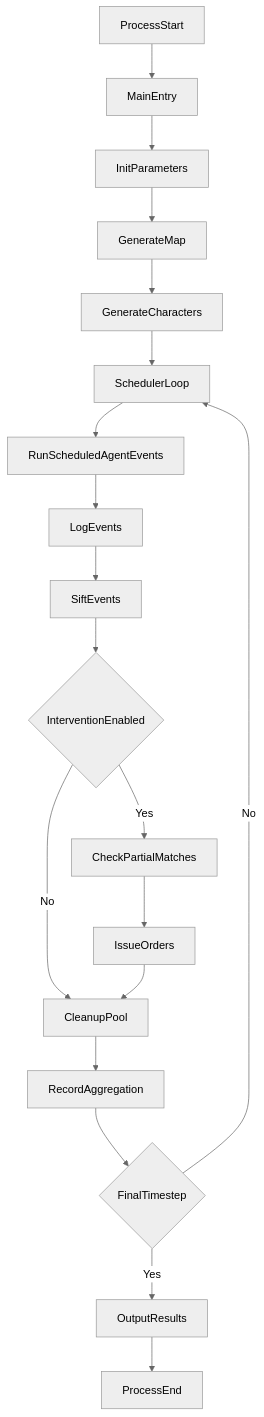
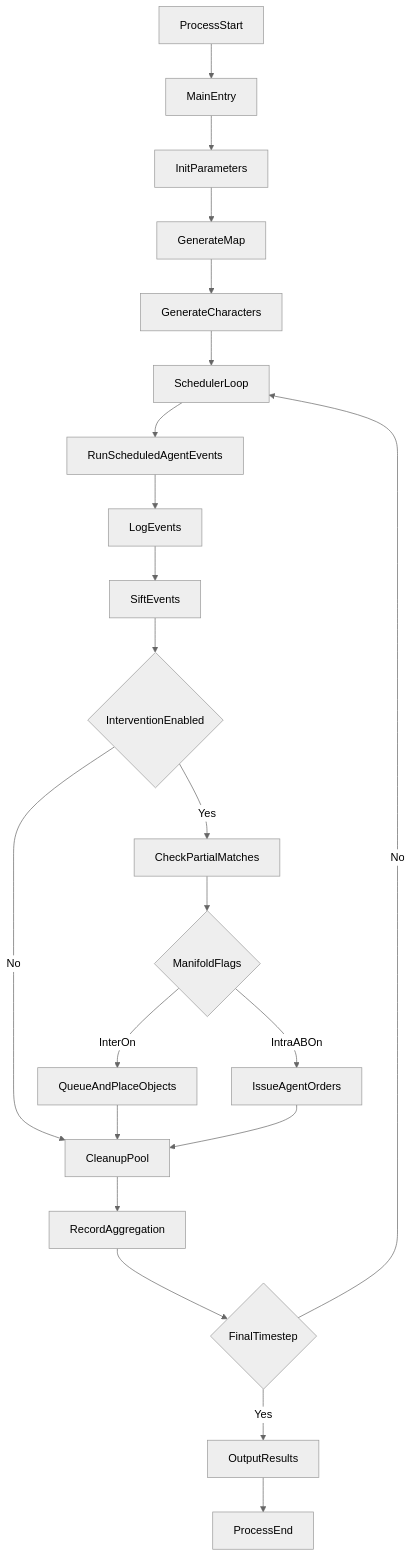
One commit to leisiyu/AlienInvasionSimulation changed the diagram in TECHNICAL_DOCUMENTATION.md. Above: the diagram before and after it, drawn with Mermaid (neutral theme). The commit also changed other lines of this file, not shown here.

````diff
--- a/TECHNICAL_DOCUMENTATION.md
+++ b/TECHNICAL_DOCUMENTATION.md
@@ -80,22 +81,25 @@
 ```mermaid
 flowchart TD
     processStart[ProcessStart] --> mainEntry[MainEntry]
     mainEntry --> initParams[InitParameters]
     initParams --> mapGen[GenerateMap]
     mapGen --> charGen[GenerateCharacters]
     charGen --> schedulerLoop[SchedulerLoop]
 
     schedulerLoop --> runTick[RunScheduledAgentEvents]
     runTick --> logEvents[LogEvents]
     logEvents --> siftEvents[SiftEvents]
     siftEvents --> maybeIntervene{InterventionEnabled}
     maybeIntervene -->|Yes| dramaCheck[CheckPartialMatches]
-    dramaCheck --> issueOrders[IssueOrders]
+    dramaCheck --> intraInter{ManifoldFlags}
+    intraInter -->|InterOn| spawnObjects[QueueAndPlaceObjects]
+    intraInter -->|IntraABOn| issueOrders[IssueAgentOrders]
     maybeIntervene -->|No| cleanupPool[CleanupPool]
+    spawnObjects --> cleanupPool
     issueOrders --> cleanupPool
     cleanupPool --> aggregateMetrics[RecordAggregation]
     aggregateMetrics --> finishCheck{FinalTimestep}
     finishCheck -->|No| schedulerLoop
     finishCheck -->|Yes| outputResults[OutputResults]
     outputResults --> processEnd[ProcessEnd]
 ```
````
